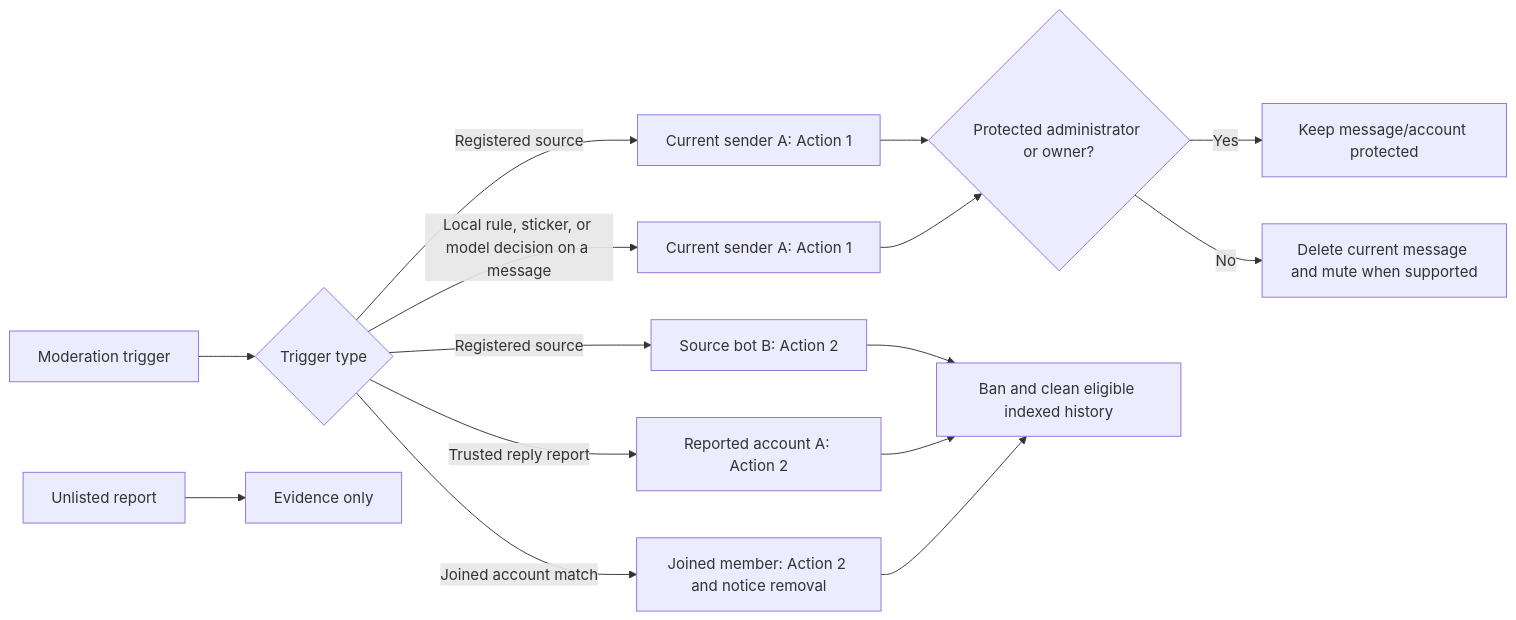
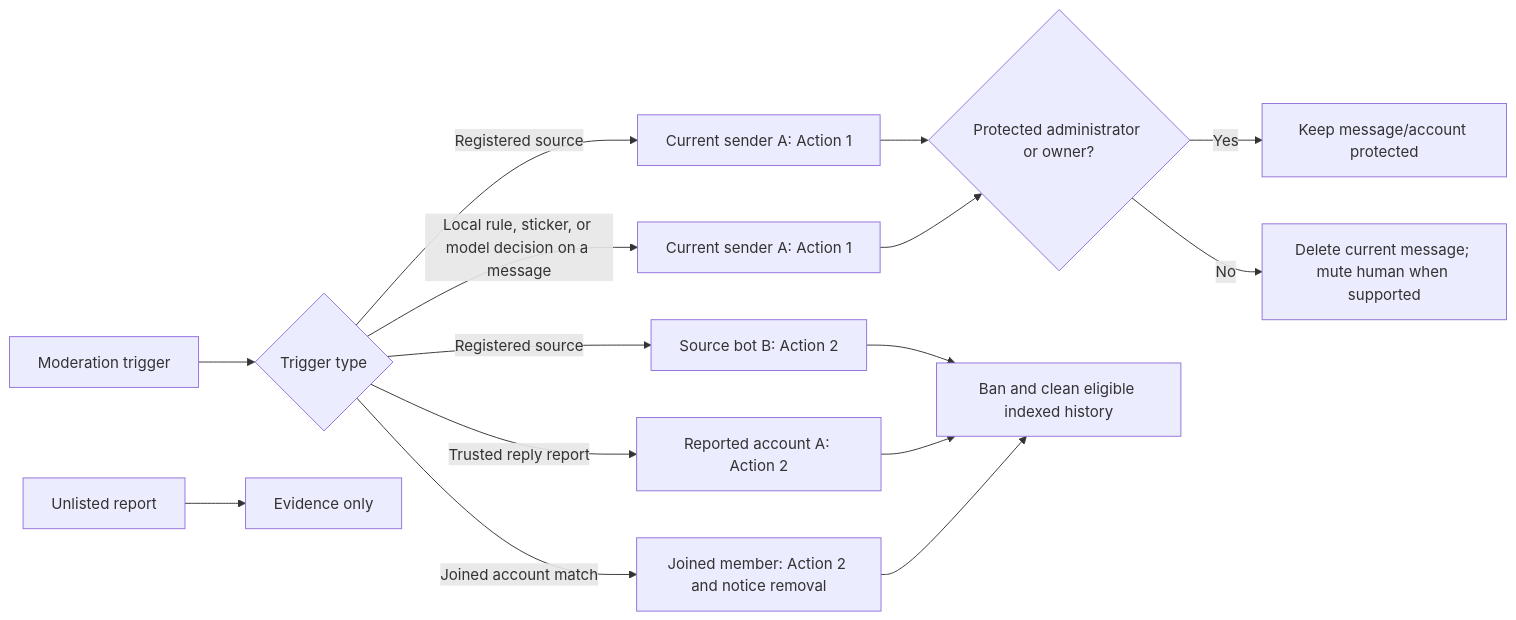
Before and after one commit to IceCodeNew/anti-fwd-spam: the second of 2 diagrams in docs/behavior.md, drawn with Mermaid. The commit also changed other lines of this file and 10 other files, not shown here.

````diff
--- a/docs/behavior.md
+++ b/docs/behavior.md
@@ -77,17 +76,17 @@
 ```mermaid
 flowchart LR
     A[Moderation trigger] --> B{Trigger type}
     B -->|Registered source| C[Current sender A: Action 1]
     B -->|Registered source| D[Source bot B: Action 2]
     B -->|Trusted reply report| E[Reported account A: Action 2]
     B -->|Local rule, sticker, or model decision on a message| F[Current sender A: Action 1]
     B -->|Joined account match| M[Joined member: Action 2 and notice removal]
     G[Unlisted report] --> H[Evidence only]
     C --> I{Protected administrator or owner?}
     F --> I
     I -->|Yes| J[Keep message/account protected]
-    I -->|No| K[Delete current message and mute when supported]
+    I -->|No| K[Delete current message; mute human when supported]
     D --> L[Ban and clean eligible indexed history]
     E --> L
     M --> L
 ```
````
